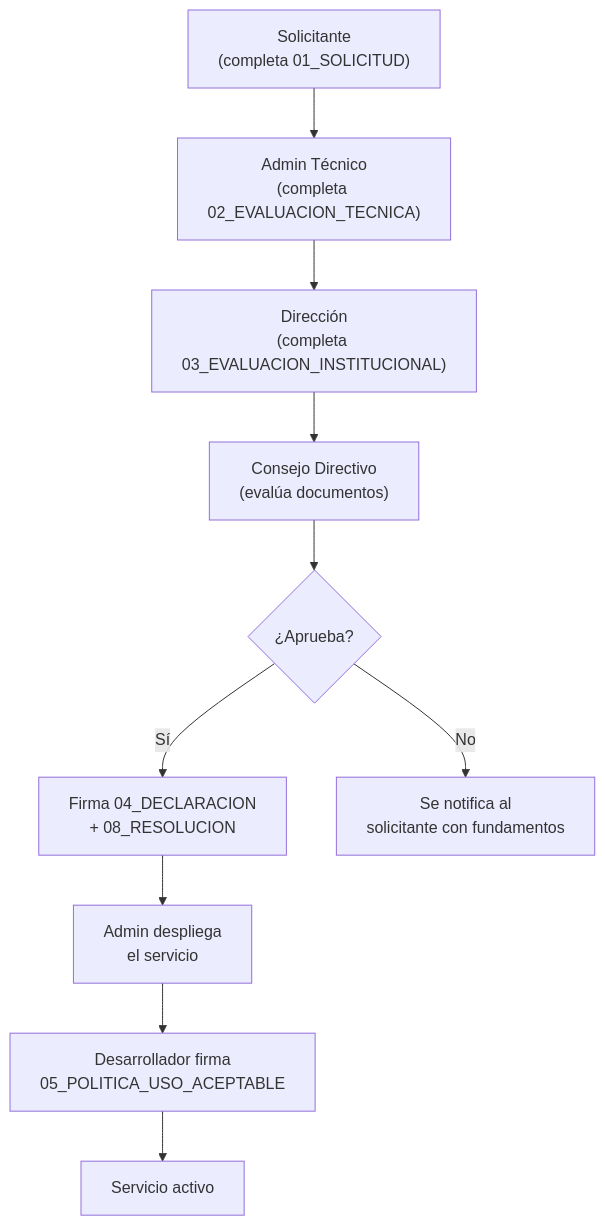
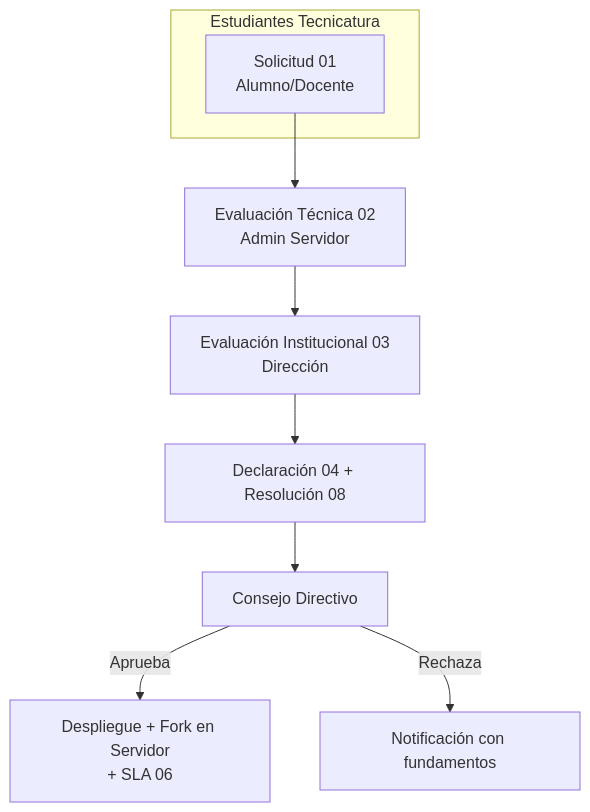
Before and after one commit to IES9018/gobernanza-servicios-digitales: the third of 3 diagrams in docs/00_INDICE.md, drawn with Mermaid. The commit also changed 15 other files, not shown here.

````diff
--- a/docs/00_INDICE.md
+++ b/docs/00_INDICE.md
@@ -122,12 +122,12 @@
 ```mermaid
-graph TD
-    A["Solicitante<br/>(completa 01_SOLICITUD)"] --> B["Admin Técnico<br/>(completa 02_EVALUACION_TECNICA)"]
-    B --> C["Dirección<br/>(completa 03_EVALUACION_INSTITUCIONAL)"]
-    C --> D["Consejo Directivo<br/>(evalúa documentos)"]
-    D --> E{¿Aprueba?}
-    E -->|Sí| F["Firma 04_DECLARACION<br/>+ 08_RESOLUCION"]
-    F --> G["Admin despliega<br/>el servicio"]
-    G --> H["Desarrollador firma<br/>05_POLITICA_USO_ACEPTABLE"]
-    H --> I[Servicio activo]
-    E -->|No| J["Se notifica al<br/>solicitante con fundamentos"]
+flowchart TD
+    A["Solicitud 01<br/>Alumno/Docente"] --> B["Evaluación Técnica 02<br/>Admin Servidor"]
+    B --> C["Evaluación Institucional 03<br/>Dirección"]
+    C --> D["Declaración 04 + Resolución 08"]
+    D --> E[Consejo Directivo]
+    E -->|Aprueba| F["Despliegue + Fork en Servidor<br/>+ SLA 06"]
+    E -->|Rechaza| G[Notificación con fundamentos]
+    subgraph Estudiantes Tecnicatura
+    A
+    end
 ```
````
